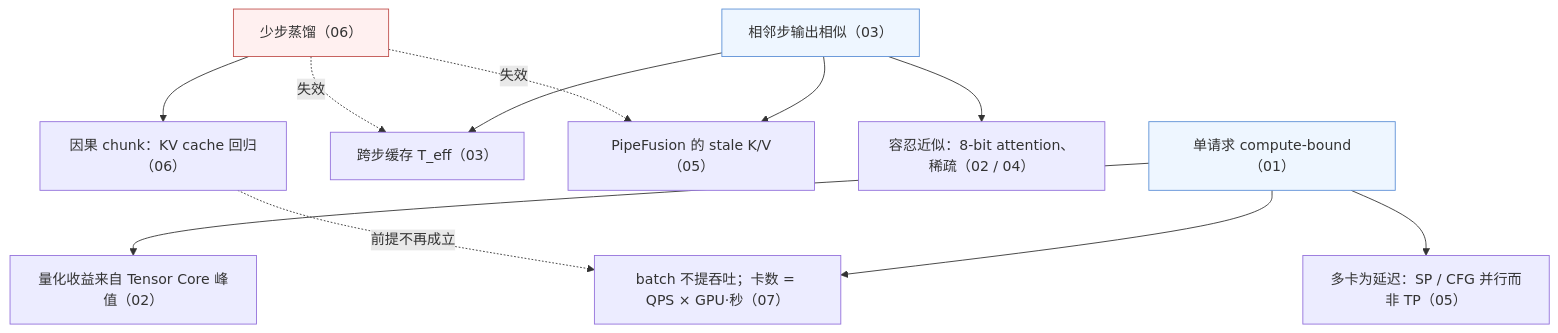
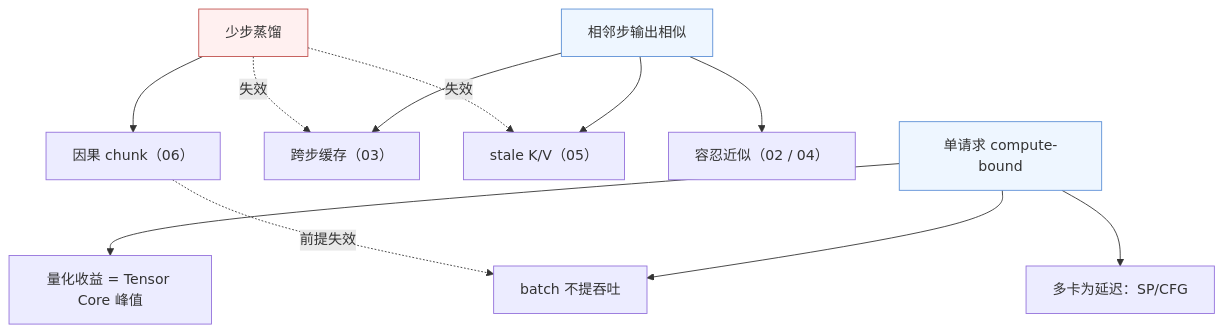
Before and after one commit to arganzheng/arganzheng.github.com: the second of 2 diagrams in slides/2026-09-13-diffusion-inference-infra.md, drawn with Mermaid.

Commit message:
slides/2026-09-13-diffusion-inference-infra: wide LR mermaids -> TB, tighten labels (smalltext <14px fixes)

````diff
--- a/slides/2026-09-13-diffusion-inference-infra.md
+++ b/slides/2026-09-13-diffusion-inference-infra.md
@@ -235,18 +235,18 @@
 ```mermaid
-%%{init: {"flowchart": {"wrappingWidth": 220}}}%%
+%%{init: {"flowchart": {"wrappingWidth": 170}}}%%
 flowchart TB
-    CB["单请求 compute-bound（01）"] --> NB["batch 不提吞吐；卡数 = QPS × GPU·秒（07）"]
-    CB --> QP["量化收益来自 Tensor Core 峰值（02）"]
-    CB --> SP["多卡为延迟：SP / CFG 并行而非 TP（05）"]
-    SIM["相邻步输出相似（03）"] --> CACHE["跨步缓存 T_eff（03）"]
-    SIM --> PF["PipeFusion 的 stale K/V（05）"]
-    SIM --> TOL["容忍近似：8-bit attention、稀疏（02 / 04）"]
-    FEW["少步蒸馏（06）"] -. "失效" .-> CACHE
+    CB["单请求 compute-bound"] --> NB["batch 不提吞吐"]
+    CB --> QP["量化收益 = Tensor Core 峰值"]
+    CB --> SP["多卡为延迟：SP/CFG"]
+    SIM["相邻步输出相似"] --> CACHE["跨步缓存（03）"]
+    SIM --> PF["stale K/V（05）"]
+    SIM --> TOL["容忍近似（02 / 04）"]
+    FEW["少步蒸馏"] -. "失效" .-> CACHE
     FEW -. "失效" .-> PF
-    FEW --> AR["因果 chunk：KV cache 回归（06）"]
-    AR -. "前提不再成立" .-> NB
+    FEW --> AR["因果 chunk（06）"]
+    AR -. "前提失效" .-> NB
     classDef root fill:#eef6ff,stroke:#5b8fd6
     classDef bad fill:#fff0f0,stroke:#c0504d
     class CB,SIM root
     class FEW bad
 ```
````
